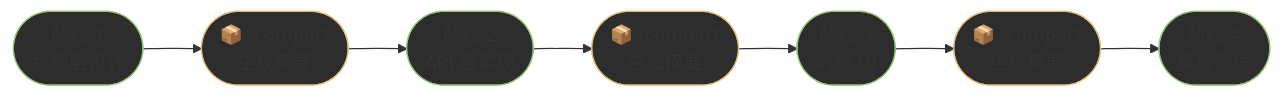
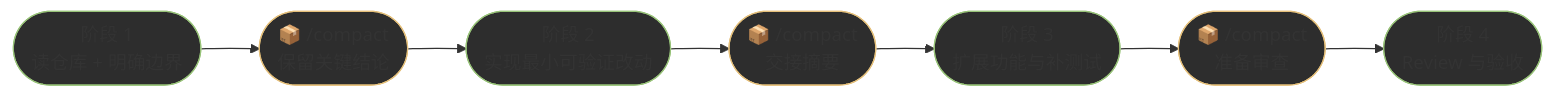
One commit to zht043/AgenticCodingTutorial changed the ninth of 10 diagrams in docs/chapters/ch10-collaboration.md. Above: the diagram before and after it, drawn with Mermaid. The commit also changed other lines of this file and 69 other files, not shown here.

Commit message:
optimize docs and add mermaid validation

````diff
--- a/docs/chapters/ch10-collaboration.md
+++ b/docs/chapters/ch10-collaboration.md
@@ -524,15 +548,15 @@
 ```mermaid
 flowchart LR
     classDef phase fill:#2d2d2d,stroke:#98c379
     classDef compact fill:#2d2d2d,stroke:#e5c07b
 
-    P1(["阶段 1<br/>数据层设计"]):::phase
-    C1(["📦 /compact<br/>生成摘要"]):::compact
-    P2(["阶段 2<br/>API 层实现"]):::phase
-    C2(["📦 /compact<br/>生成摘要"]):::compact
-    P3(["阶段 3<br/>前端 UI"]):::phase
-    C3(["📦 /compact<br/>生成摘要"]):::compact
-    P4(["阶段 4<br/>集成测试"]):::phase
+    P1(["阶段 1<br/>读仓库 + 明确边界"]):::phase
+    C1(["📦 /compact<br/>保留关键结论"]):::compact
+    P2(["阶段 2<br/>实现最小可验证改动"]):::phase
+    C2(["📦 /compact<br/>交接摘要"]):::compact
+    P3(["阶段 3<br/>扩展功能与补测试"]):::phase
+    C3(["📦 /compact<br/>准备审查"]):::compact
+    P4(["阶段 4<br/>Review 与验收"]):::phase
 
     P1 --> C1 --> P2 --> C2 --> P3 --> C3 --> P4
 ```
````
